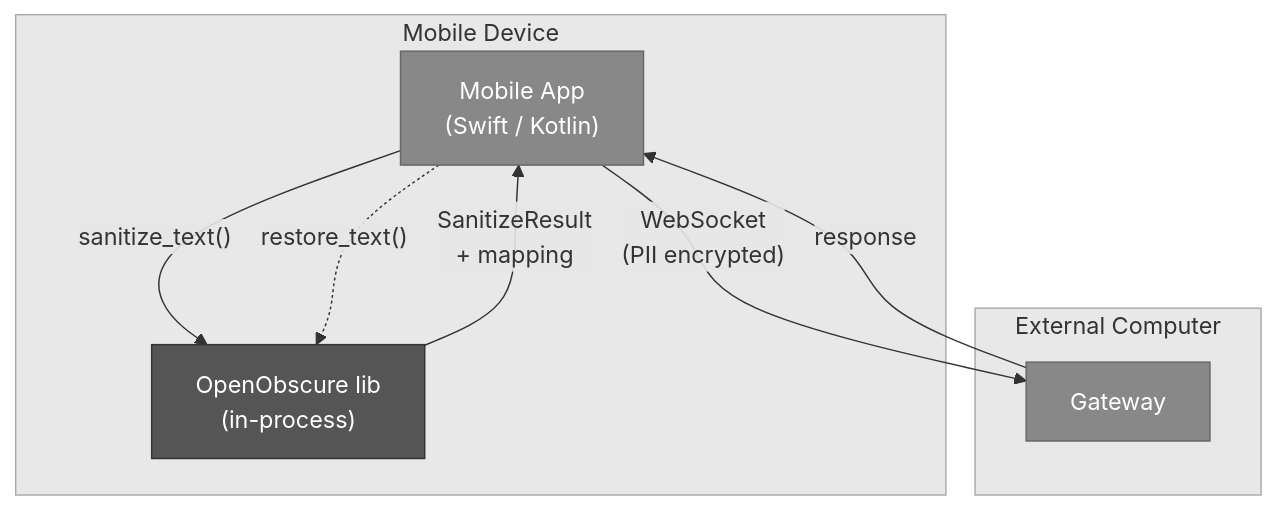
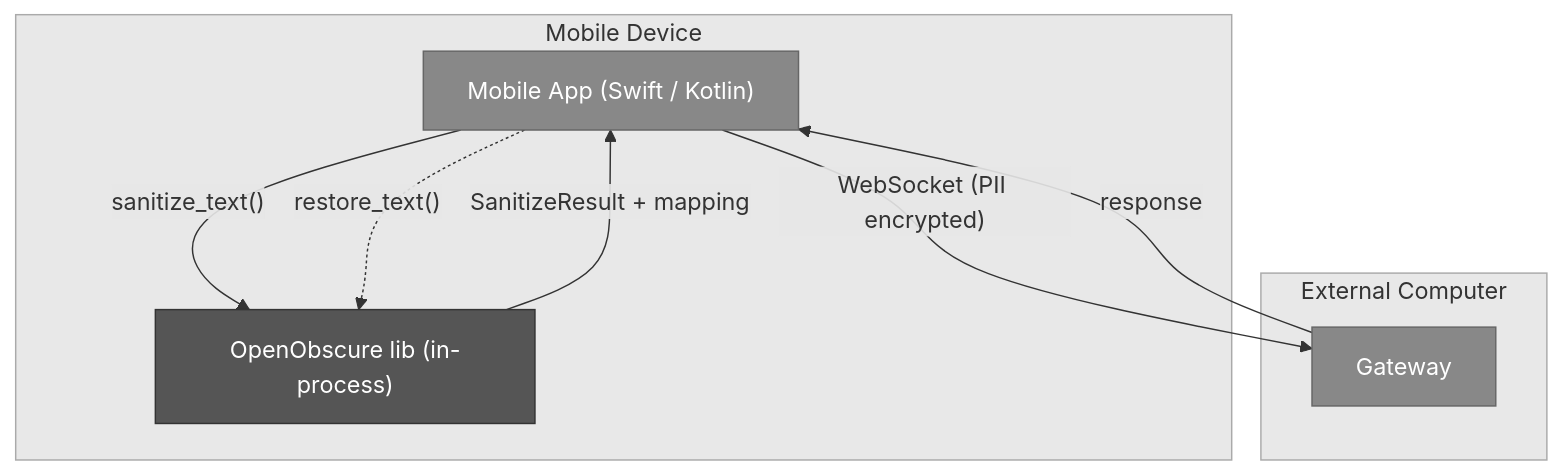
One commit to OpenObscure/OpenObscure changed the second of 5 diagrams in README.md. Above: the diagram before and after it, drawn with Mermaid. The commit also changed other lines of this file and 1 other file, not shown here.

First line of the commit message:
Remove \n line breaks from mermaid flowchart labels

````diff
--- a/README.md
+++ b/README.md
@@ -43,23 +43,23 @@
 ```mermaid
 flowchart TB
     subgraph phone ["Mobile Device"]
-        app["Mobile App\n(Swift / Kotlin)"]
-        lib["OpenObscure lib\n(in-process)"]
+        app["Mobile App (Swift / Kotlin)"]
+        lib["OpenObscure lib (in-process)"]
         app -- "sanitize_text()" --> lib
-        lib -- "SanitizeResult\n+ mapping" --> app
+        lib -- "SanitizeResult + mapping" --> app
     end
 
-    app -- "WebSocket\n(PII encrypted)" --> gw
+    app -- "WebSocket (PII encrypted)" --> gw
     gw -- "response" --> app
     app -. "restore_text()" .-> lib
 
     subgraph remote ["External Computer"]
         gw["Gateway"]
     end
 
     style phone fill:#e8e8e8,stroke:#aaa,color:#333
     style app fill:#888,stroke:#666,color:#fff
     style lib fill:#555,stroke:#333,color:#fff
     style remote fill:#e8e8e8,stroke:#aaa,color:#333
     style gw fill:#888,stroke:#666,color:#fff
 ```
````
